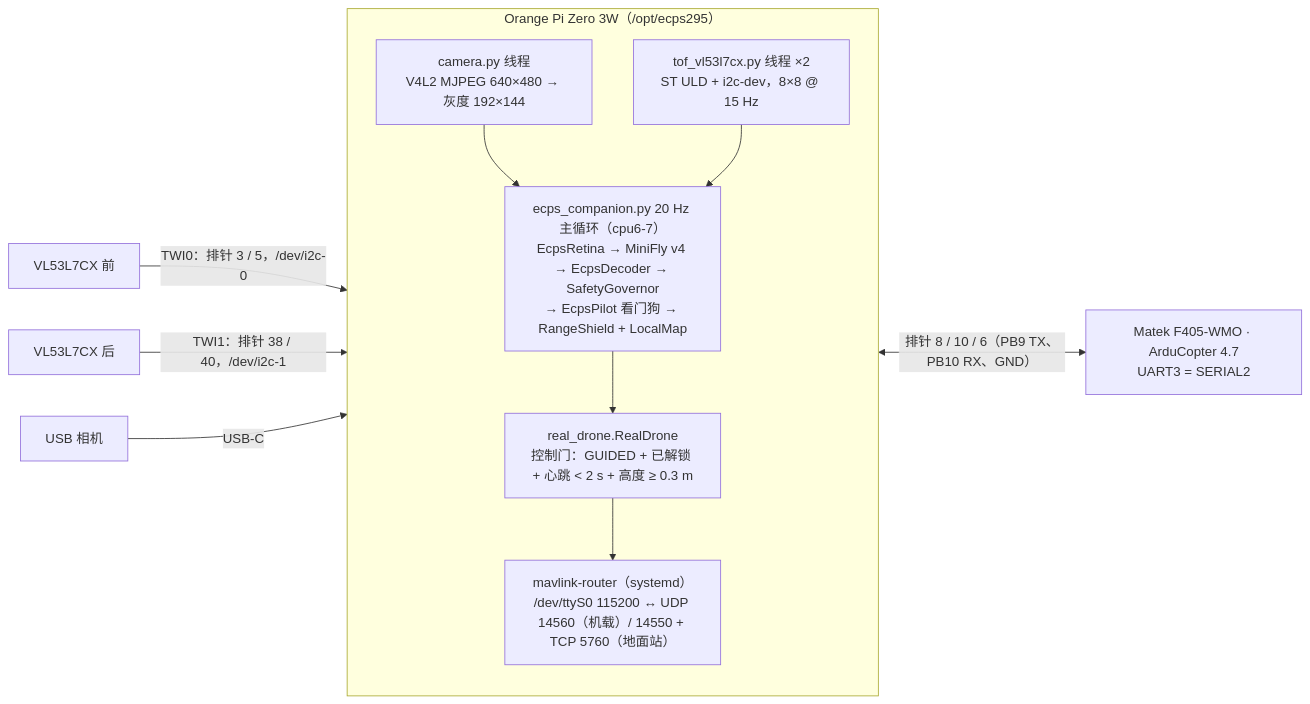
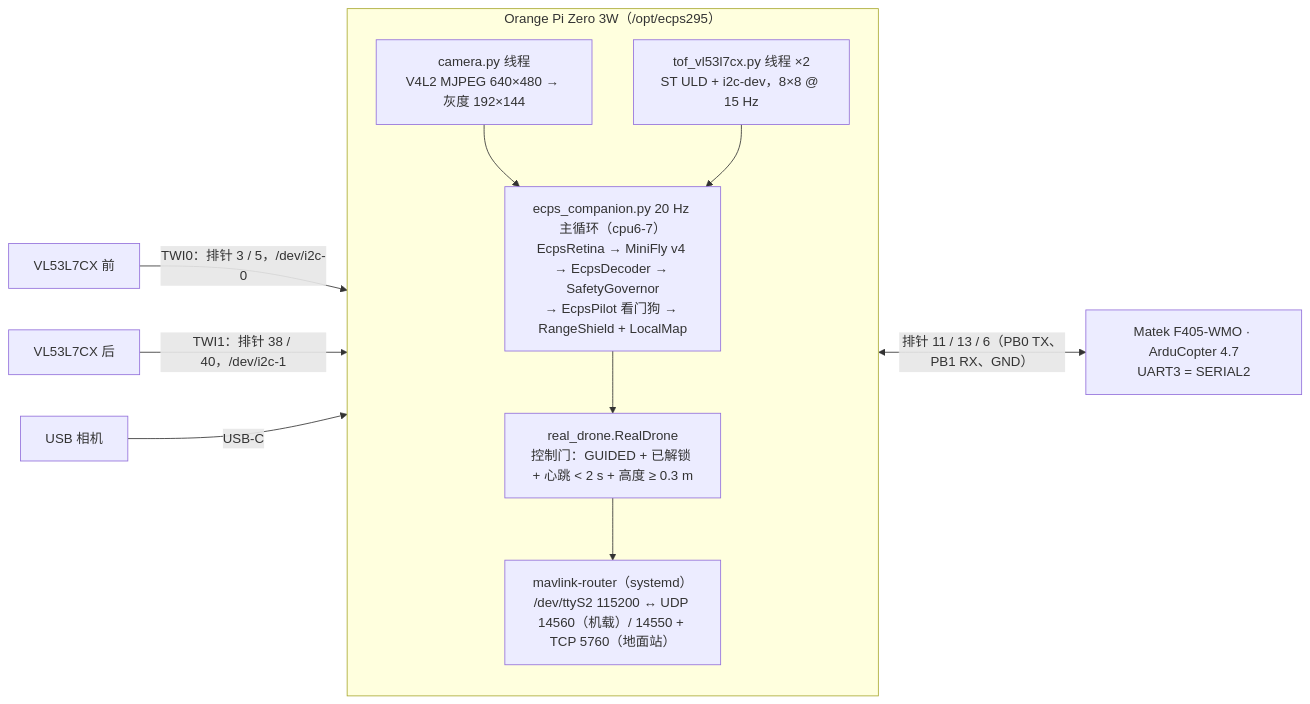
The first of 2 diagrams in ecps295/deploy/orangepi/docs/ECPS295_OrangePi部署与性能测试报告_20261015.zh.md (jiewent1-cmyk/FlyDrones), drawn with Mermaid before and after one commit. The commit also changed other lines of this file and 112 other files, not shown here.

````diff
--- a/ecps295/deploy/orangepi/docs/ECPS295_OrangePi部署与性能测试报告_20261015.zh.md
+++ b/ecps295/deploy/orangepi/docs/ECPS295_OrangePi部署与性能测试报告_20261015.zh.md
@@ -53,19 +53,19 @@
 ```mermaid
 flowchart LR
   subgraph PI["Orange Pi Zero 3W（/opt/ecps295）"]
     direction TB
     CAMT["camera.py 线程<br/>V4L2 MJPEG 640×480 → 灰度 192×144"]
     TOFT["tof_vl53l7cx.py 线程 ×2<br/>ST ULD + i2c-dev，8×8 @ 15 Hz"]
     LOOP["ecps_companion.py 20 Hz 主循环（cpu6-7）<br/>EcpsRetina → MiniFly v4 → EcpsDecoder → SafetyGovernor<br/>→ EcpsPilot 看门狗 → RangeShield + LocalMap"]
     GATE["real_drone.RealDrone<br/>控制门：GUIDED + 已解锁 + 心跳 &lt; 2 s + 高度 ≥ 0.3 m"]
-    MR["mavlink-router（systemd）<br/>/dev/ttyS0 115200 ↔ UDP 14560（机载）/ 14550 + TCP 5760（地面站）"]
+    MR["mavlink-router（systemd）<br/>/dev/ttyS2 115200 ↔ UDP 14560（机载）/ 14550 + TCP 5760（地面站）"]
     CAMT --> LOOP
     TOFT --> LOOP
     LOOP --> GATE --> MR
   end
   FC["Matek F405-WMO · ArduCopter 4.7<br/>UART3 = SERIAL2"]
-  MR <-->|"排针 8 / 10 / 6（PB9 TX、PB10 RX、GND）"| FC
+  MR <-->|"排针 11 / 13 / 6（PB0 TX、PB1 RX、GND）"| FC
   TF["VL53L7CX 前"] -->|"TWI0：排针 3 / 5，/dev/i2c-0"| TOFT
   TR["VL53L7CX 后"] -->|"TWI1：排针 38 / 40，/dev/i2c-1"| TOFT
   UC["USB 相机"] -->|USB-C| CAMT
 ```
````
